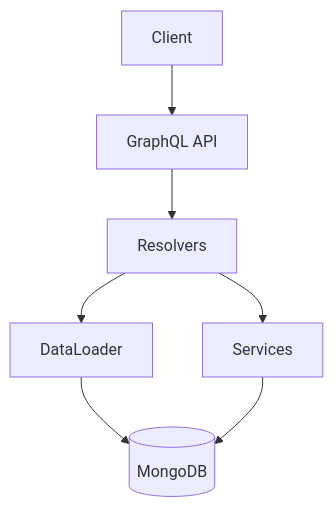
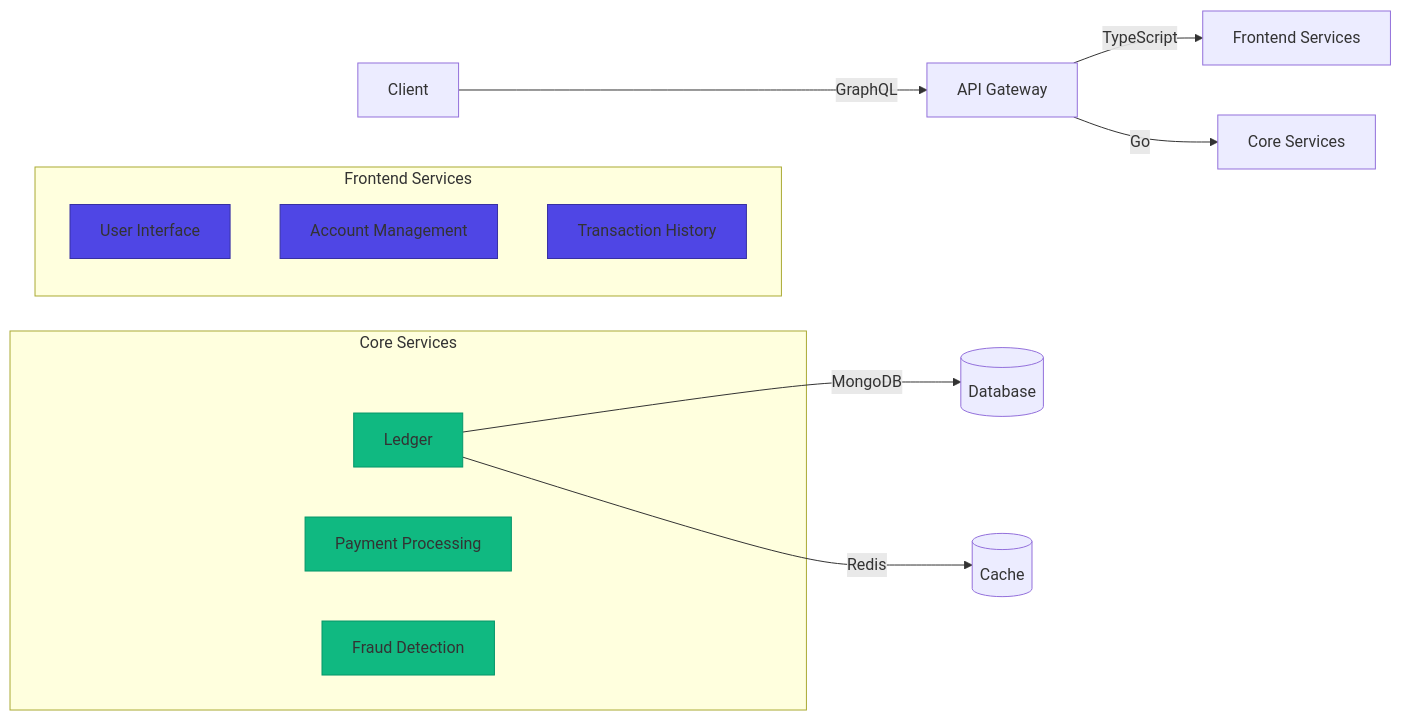
One commit to mateussiqueira/banking-stack changed the third of 3 diagrams in packages/docs/challenges/01-ledger.md. Above: the diagram before and after it, drawn with Mermaid. The commit also changed other lines of this file and 1 other file, not shown here.

````diff
--- a/packages/docs/challenges/01-ledger.md
+++ b/packages/docs/challenges/01-ledger.md
@@ -18,9 +576,26 @@
 ```mermaid
-graph TD
-    A[Client] --> B[GraphQL API]
-    B --> C[Resolvers]
-    C --> D[DataLoader]
-    C --> E[Services]
-    D --> F[(MongoDB)]
-    E --> F
+graph LR
+    A[Client] -->|GraphQL| B[API Gateway]
+    B -->|TypeScript| C[Frontend Services]
+    B -->|Go| D[Core Services]
+
+    subgraph "Frontend Services"
+        C1[User Interface]
+        C2[Account Management]
+        C3[Transaction History]
+    end
+
+    subgraph "Core Services"
+        D1[Ledger]
+        D2[Payment Processing]
+        D3[Fraud Detection]
+    end
+
+    D1 -->|MongoDB| E[(Database)]
+    D1 -->|Redis| F[(Cache)]
+
+    classDef frontend fill:#4f46e5,stroke:#3730a3;
+    classDef core fill:#10b981,stroke:#059669;
+    class C1,C2,C3 frontend;
+    class D1,D2,D3 core;
 ```
````
